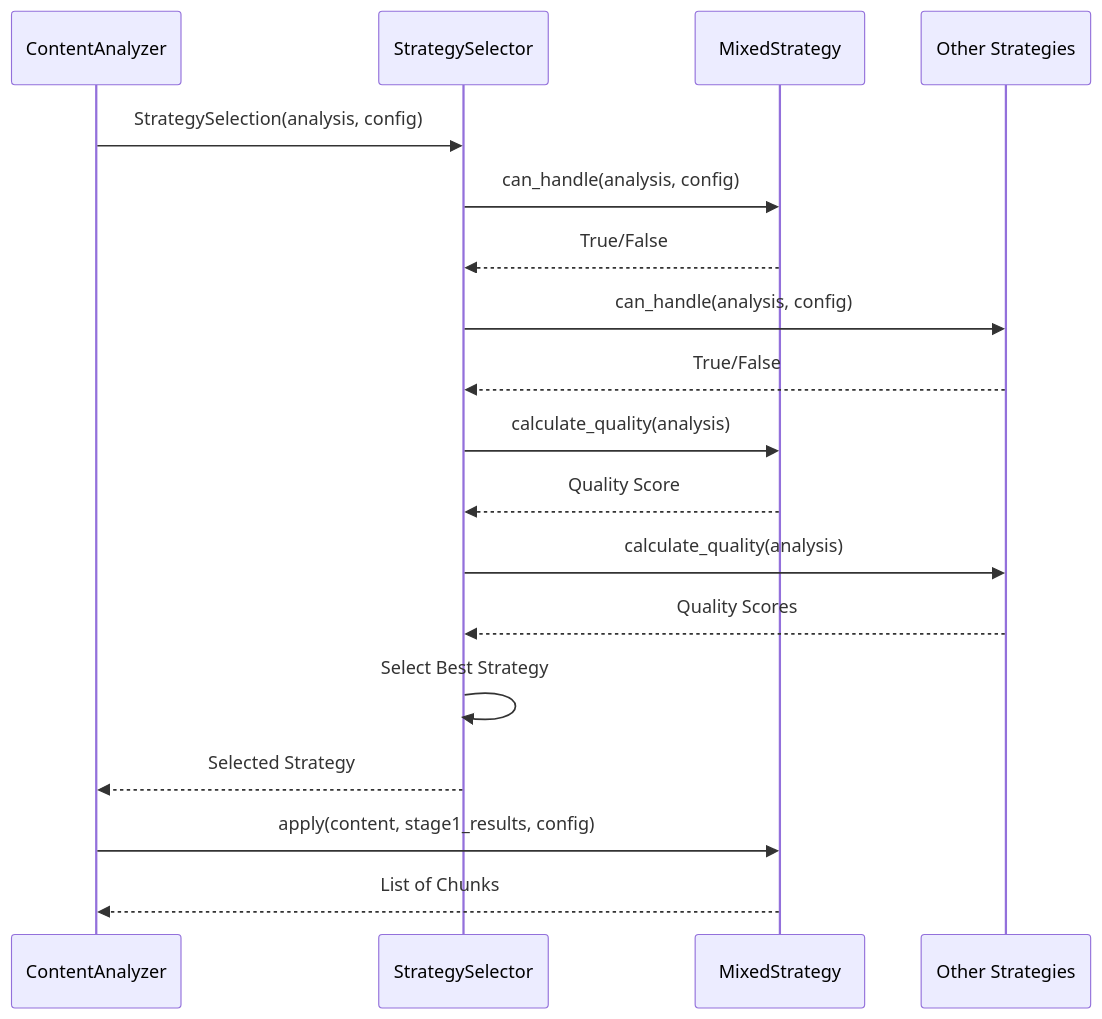
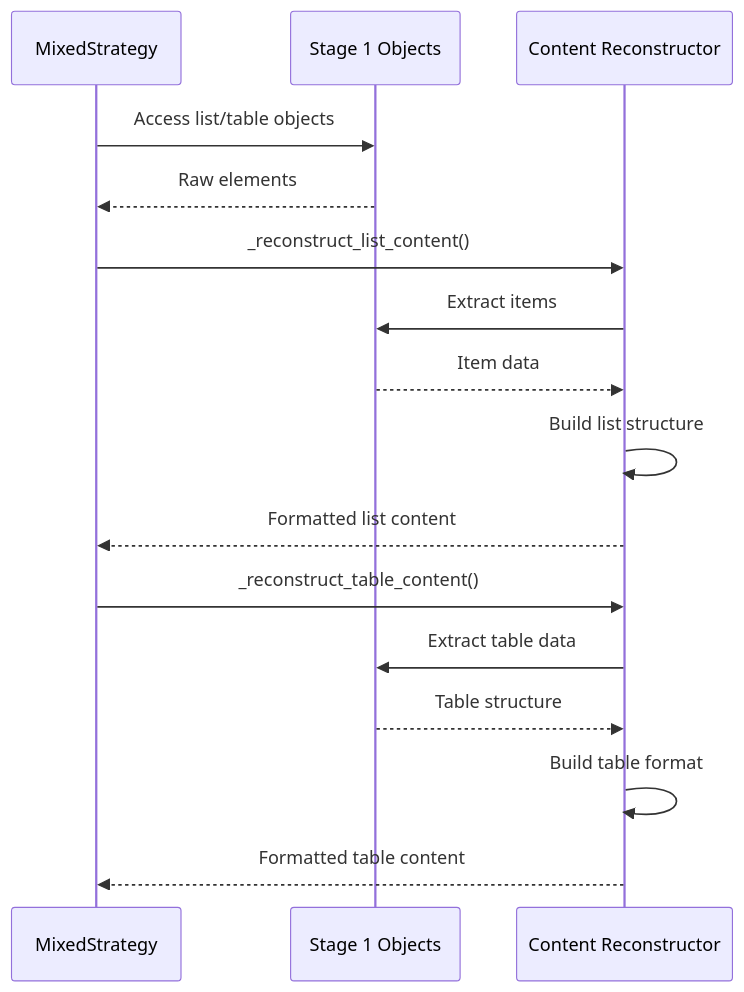
One commit to asukhodko/dify-markdown-chunker changed the tenth of 22 diagrams in .qoder/repowiki/en/content/Chunking Strategies/Mixed Strategy.md. Above: the diagram before and after it, drawn with Mermaid. The commit also changed other lines of this file and 205 other files, not shown here.

````diff
--- a/.qoder/repowiki/en/content/Chunking Strategies/Mixed Strategy.md
+++ b/.qoder/repowiki/en/content/Chunking Strategies/Mixed Strategy.md
@@ -463,20 +345,18 @@
 ```mermaid
 sequenceDiagram
-participant CS as ContentAnalyzer
-participant SS as StrategySelector
 participant MS as MixedStrategy
-participant Other as Other Strategies
-CS->>SS : StrategySelection(analysis, config)
-SS->>MS : can_handle(analysis, config)
-MS-->>SS : True/False
-SS->>Other : can_handle(analysis, config)
-Other-->>SS : True/False
-SS->>MS : calculate_quality(analysis)
-MS-->>SS : Quality Score
-SS->>Other : calculate_quality(analysis)
-Other-->>SS : Quality Scores
-SS->>SS : Select Best Strategy
-SS-->>CS : Selected Strategy
-CS->>MS : apply(content, stage1_results, config)
-MS-->>CS : List of Chunks
+participant Stage1 as Stage 1 Objects
+participant Reconstructor as Content Reconstructor
+MS->>Stage1 : Access list/table objects
+Stage1-->>MS : Raw elements
+MS->>Reconstructor : _reconstruct_list_content()
+Reconstructor->>Stage1 : Extract items
+Stage1-->>Reconstructor : Item data
+Reconstructor->>Reconstructor : Build list structure
+Reconstructor-->>MS : Formatted list content
+MS->>Reconstructor : _reconstruct_table_content()
+Reconstructor->>Stage1 : Extract table data
+Stage1-->>Reconstructor : Table structure
+Reconstructor->>Reconstructor : Build table format
+Reconstructor-->>MS : Formatted table content
 ```
````
